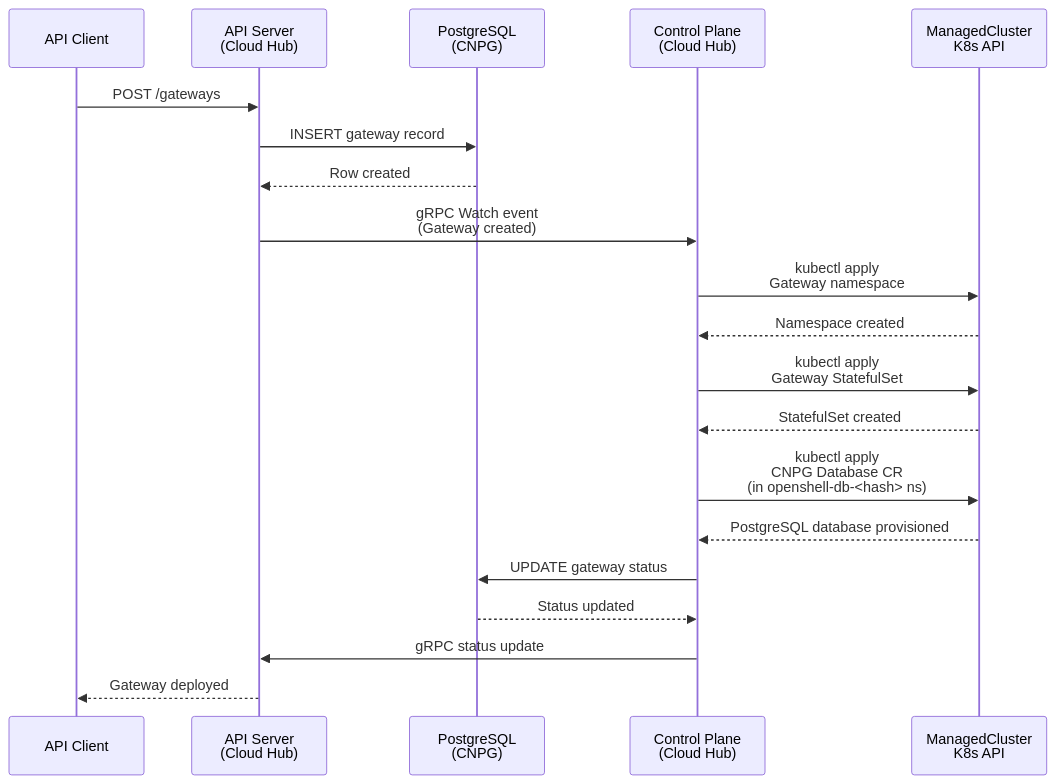
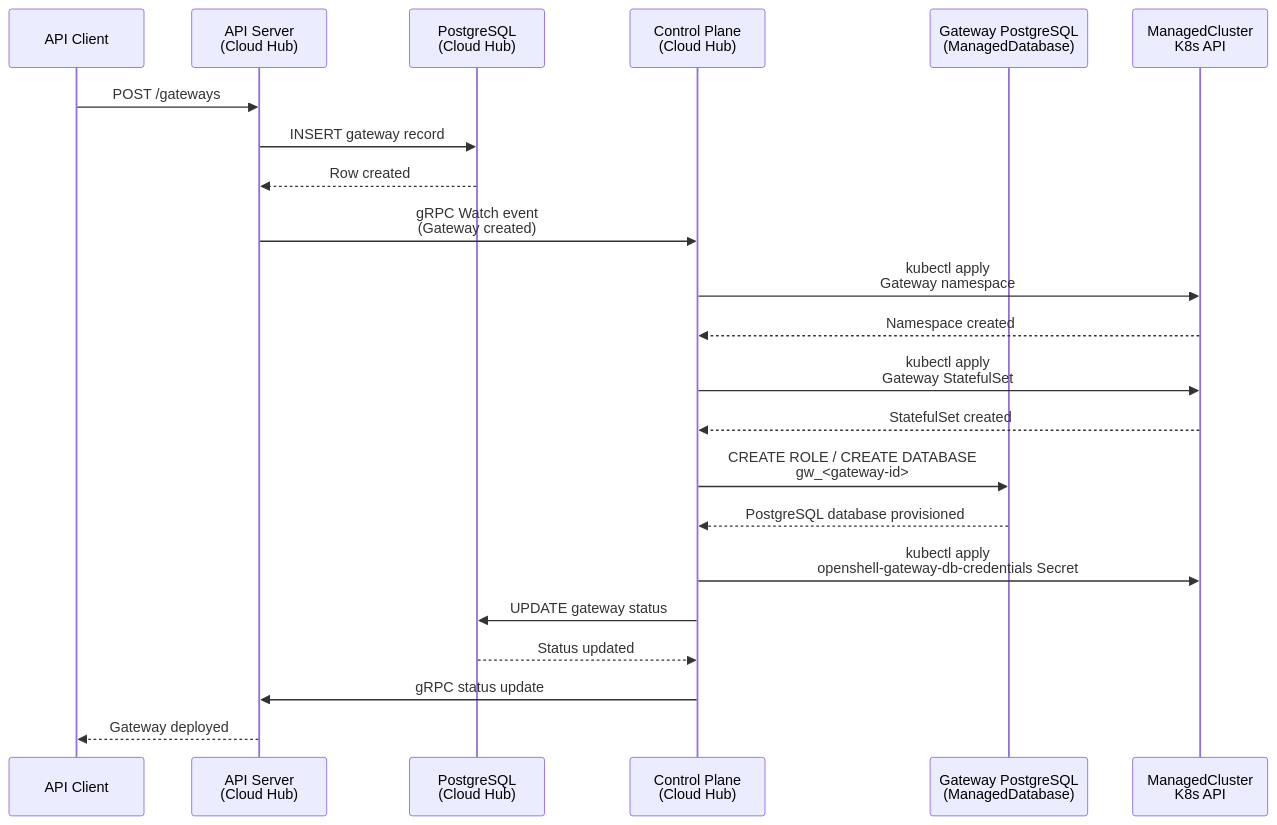
Before and after one commit to jonmosco/hypershell: the fourth of 8 diagrams in specs/platform/global-architecture.spec.md, drawn with Mermaid. The commit also changed other lines of this file and 148 other files, not shown here.

First line of the commit message:
feat(db): make every ManagedDatabase an externally provisioned server

````diff
--- a/specs/platform/global-architecture.spec.md
+++ b/specs/platform/global-architecture.spec.md
@@ -230,23 +230,25 @@
 ```mermaid
 sequenceDiagram
     participant User as API Client
     participant API as API Server<br/>(Cloud Hub)
-    participant DB as PostgreSQL<br/>(CNPG)
+    participant DB as PostgreSQL<br/>(Cloud Hub)
     participant CP as Control Plane<br/>(Cloud Hub)
+    participant GDB as Gateway PostgreSQL<br/>(ManagedDatabase)
     participant MC as ManagedCluster<br/>K8s API
 
     User->>API: POST /gateways
     API->>DB: INSERT gateway record
     DB-->>API: Row created
     API->>CP: gRPC Watch event<br/>(Gateway created)
     CP->>MC: kubectl apply<br/>Gateway namespace
     MC-->>CP: Namespace created
     CP->>MC: kubectl apply<br/>Gateway StatefulSet
     MC-->>CP: StatefulSet created
-    CP->>MC: kubectl apply<br/>CNPG Database CR<br/>(in openshell-db-<hash> ns)
-    MC-->>CP: PostgreSQL database provisioned
+    CP->>GDB: CREATE ROLE / CREATE DATABASE<br/>gw_<gateway-id>
+    GDB-->>CP: PostgreSQL database provisioned
+    CP->>MC: kubectl apply<br/>openshell-gateway-db-credentials Secret
     CP->>DB: UPDATE gateway status
     DB-->>CP: Status updated
     CP->>API: gRPC status update
     API-->>User: Gateway deployed
 ```
````
